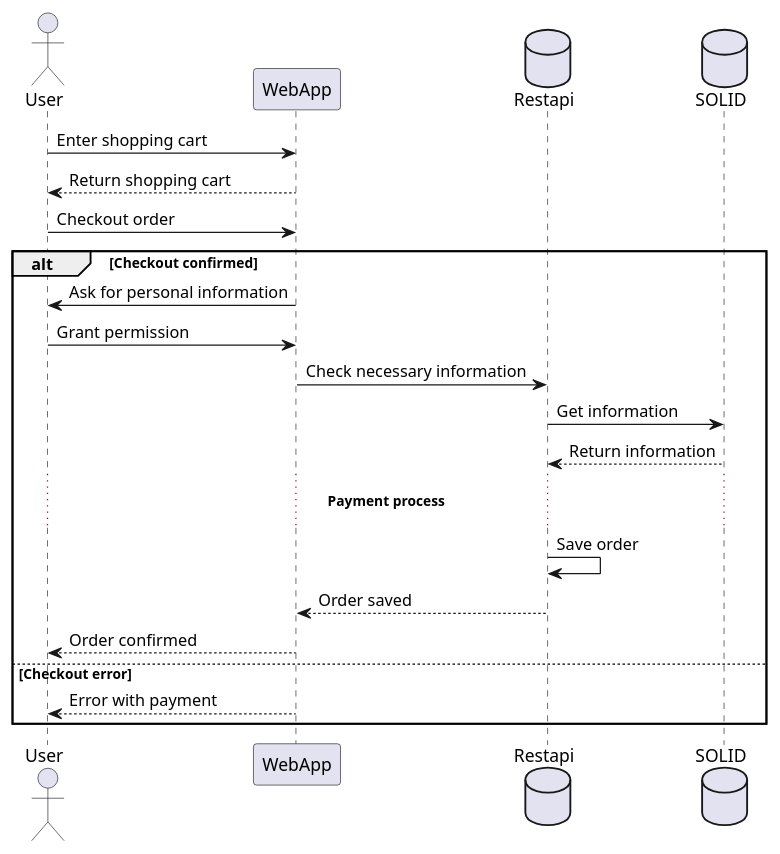
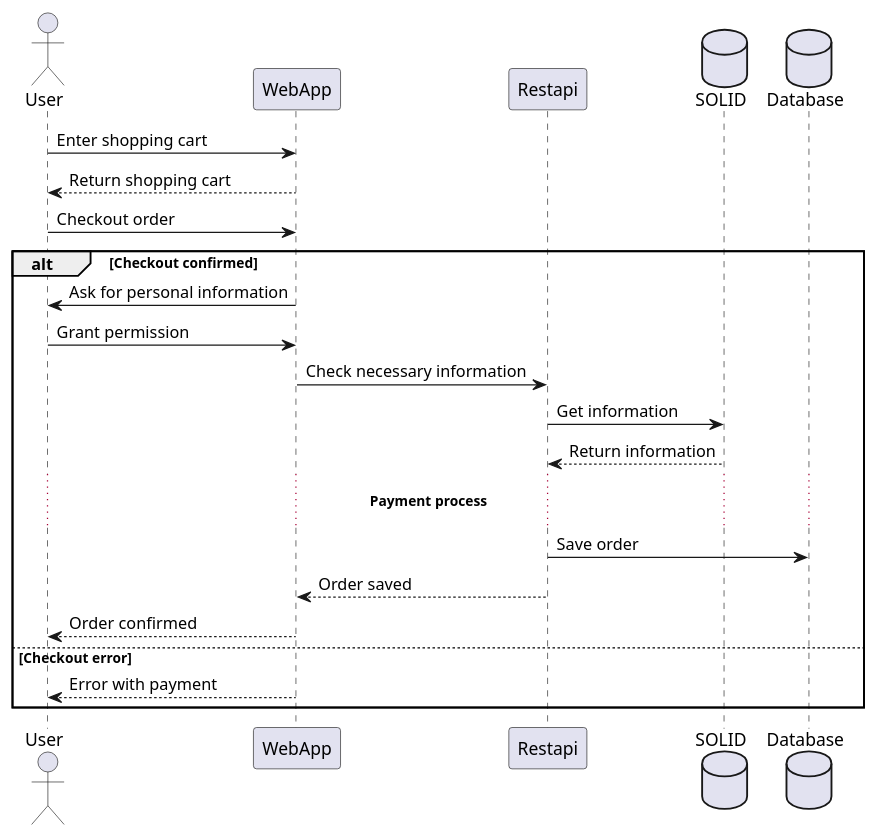
The fifth of 5 diagrams in docs/06_runtime_view.adoc (Arquisoft/dede_es5a), drawn with PlantUML before and after one commit. The commit also changed other lines of this file, not shown here.

First line of the commit message:
Diagramas de secuencia corregidos

```diff
--- a/docs/06_runtime_view.adoc
+++ b/docs/06_runtime_view.adoc
@@ -138,25 +132,26 @@
 [plantuml,"Sequence diagram_Confirm_purchase",png]
 ----
 @startuml
 actor User
 participant WebApp
-database Restapi
+participant Restapi
 database SOLID
+database Database
 User-> WebApp: Enter shopping cart
 User<-- WebApp: Return shopping cart
 User-> WebApp: Checkout order
 alt Checkout confirmed
     User<- WebApp: Ask for personal information
     User-> WebApp: Grant permission
     WebApp-> Restapi: Check necessary information
     Restapi-> SOLID: Get information
     Restapi<-- SOLID: Return information
 ... **Payment process** ...
-    Restapi-> Restapi: Save order
+    Restapi-> Database: Save order
     Restapi--> WebApp: Order saved
     WebApp--> User: Order confirmed
 else Checkout error
     WebApp--> User: Error with payment
 end
 @enduml
 ----
```
